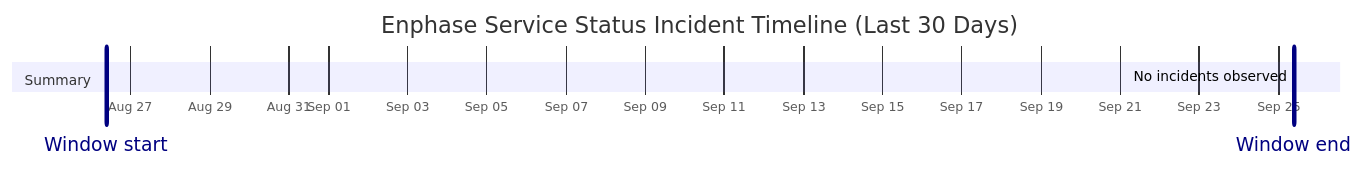
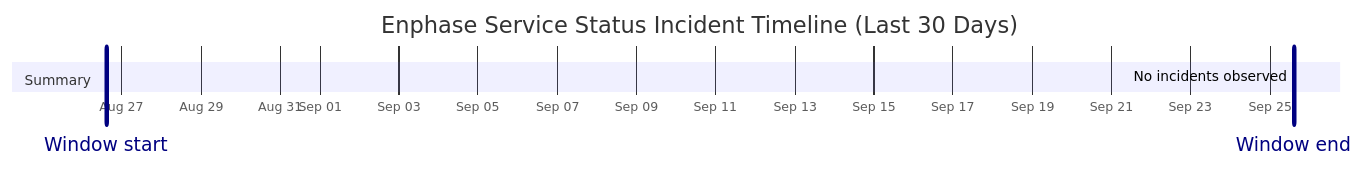
The diagram in wiki/Service-Status-History.md (barneyonline/ha-enphase-energy), drawn with Mermaid before and after one commit. The commit also changed other lines of this file and 3 other files, not shown here.

````diff
--- a/wiki/Service-Status-History.md
+++ b/wiki/Service-Status-History.md
@@ -14,10 +14,10 @@
 ```mermaid
 gantt
     title Enphase Service Status Incident Timeline (Last 30 Days)
     dateFormat  YYYY-MM-DDTHH:mm:ss
     axisFormat  %b %d
-    Window start :vert, window-start, 2026-08-26T09:23:07, 0ms
-    Window end :vert, window-end, 2026-09-25T09:23:07, 0ms
+    Window start :vert, window-start, 2026-08-26T14:41:25, 0ms
+    Window end :vert, window-end, 2026-09-25T14:41:25, 0ms
     section Summary
-    No incidents observed :done, 2026-09-25T09:23:07, 1m
+    No incidents observed :done, 2026-09-25T14:41:25, 1m
 ```
````
